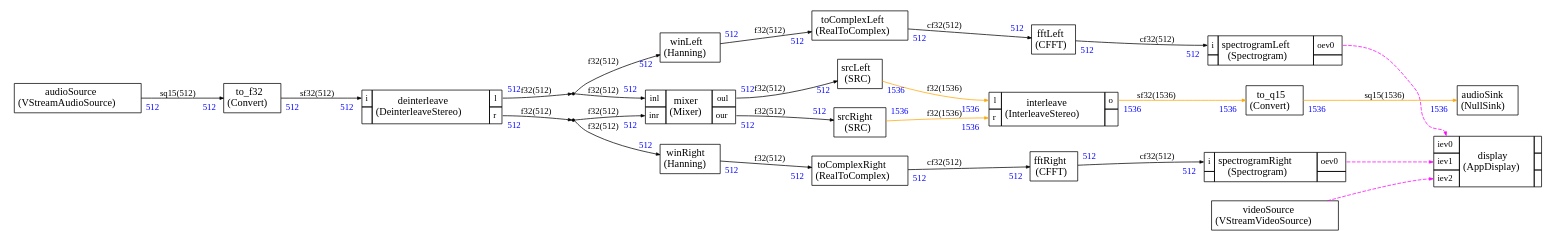
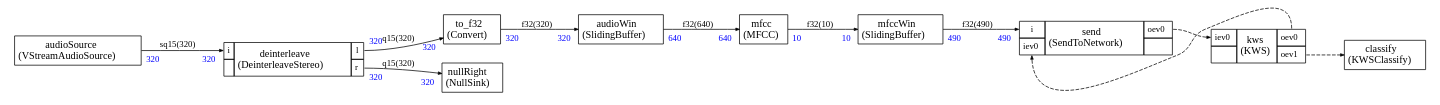
The diagram in App_HE/stream/scheduler/graph.dot (christophe0606/AlifAudioExample), drawn with Graphviz before and after one commit. The commit also changed 44 other files, not shown here.

Commit message:
Enabled KWS graph

```diff
--- a/App_HE/stream/scheduler/graph.dot
+++ b/App_HE/stream/scheduler/graph.dot
@@ -11,17 +11,17 @@
     edge [arrowsize="0.5",color="black",fontcolor="black",fontname="Times-Roman"]
 
 
-audioSink [label=<
-<TABLE color="black" bgcolor="none" BORDER="0" CELLBORDER="1" CELLSPACING="0" CELLPADDING="4">
-  <TR>
-    <TD ALIGN="CENTER" PORT="i"><FONT COLOR="black" POINT-SIZE="14.0">audioSink<BR/>(NullSink)</FONT></TD>
-  </TR>
-</TABLE>>];
-
 audioSource [label=<
 <TABLE color="black" bgcolor="none" BORDER="0" CELLBORDER="1" CELLSPACING="0" CELLPADDING="4">
   <TR>
     <TD ALIGN="CENTER" PORT="i"><FONT COLOR="black" POINT-SIZE="14.0">audioSource<BR/>(VStreamAudioSource)</FONT></TD>
+  </TR>
+</TABLE>>];
+
+audioWin [label=<
+<TABLE color="black" bgcolor="none" BORDER="0" CELLBORDER="1" CELLSPACING="0" CELLPADDING="4">
+  <TR>
+    <TD ALIGN="CENTER" PORT="i"><FONT COLOR="black" POINT-SIZE="14.0">audioWin<BR/>(SlidingBuffer)</FONT></TD>
   </TR>
 </TABLE>>];
 
@@ -41,114 +41,41 @@
 
 </TABLE>>];
 
-dup0 [shape=point,label="dup0"]
-
-dup1 [shape=point,label="dup1"]
-
-fftLeft [label=<
+mfcc [label=<
 <TABLE color="black" bgcolor="none" BORDER="0" CELLBORDER="1" CELLSPACING="0" CELLPADDING="4">
   <TR>
-    <TD ALIGN="CENTER" PORT="i"><FONT COLOR="black" POINT-SIZE="14.0">fftLeft<BR/>(CFFT)</FONT></TD>
+    <TD ALIGN="CENTER" PORT="i"><FONT COLOR="black" POINT-SIZE="14.0">mfcc<BR/>(MFCC)</FONT></TD>
   </TR>
 </TABLE>>];
 
-fftRight [label=<
+mfccWin [label=<
 <TABLE color="black" bgcolor="none" BORDER="0" CELLBORDER="1" CELLSPACING="0" CELLPADDING="4">
   <TR>
-    <TD ALIGN="CENTER" PORT="i"><FONT COLOR="black" POINT-SIZE="14.0">fftRight<BR/>(CFFT)</FONT></TD>
+    <TD ALIGN="CENTER" PORT="i"><FONT COLOR="black" POINT-SIZE="14.0">mfccWin<BR/>(SlidingBuffer)</FONT></TD>
+  </TR>
+</TABLE>>];
+
+nullRight [label=<
+<TABLE color="black" bgcolor="none" BORDER="0" CELLBORDER="1" CELLSPACING="0" CELLPADDING="4">
+  <TR>
+    <TD ALIGN="CENTER" PORT="i"><FONT COLOR="black" POINT-SIZE="14.0">nullRight<BR/>(NullSink)</FONT></TD>
   </TR>
 </TABLE>>];
 
 
-interleave [label=<
+send [label=<
 <TABLE color="black" bgcolor="none" BORDER="0" CELLBORDER="1" CELLSPACING="0" CELLPADDING="4">
   <TR>
-    <TD PORT="l"><FONT POINT-SIZE="12.0" COLOR="black">l</FONT></TD>
-    <TD ALIGN="CENTER" ROWSPAN="2"><FONT COLOR="black" POINT-SIZE="14.0">interleave<BR/>(InterleaveStereo)</FONT></TD>
-    <TD PORT="o"><FONT POINT-SIZE="12.0" COLOR="black">o</FONT></TD>
+    <TD PORT="i"><FONT POINT-SIZE="12.0" COLOR="black">i</FONT></TD>
+    <TD ALIGN="CENTER" ROWSPAN="2"><FONT COLOR="black" POINT-SIZE="14.0">send<BR/>(SendToNetwork)</FONT></TD>
+    <TD PORT="oev0"><FONT POINT-SIZE="12.0" COLOR="black">oev0</FONT></TD>
   </TR>
 <TR>
-<TD PORT="r"><FONT POINT-SIZE="12.0" COLOR="black">r</FONT></TD>
+<TD PORT="iev0"><FONT POINT-SIZE="12.0" COLOR="black">iev0</FONT></TD>
 
  
 <TD></TD></TR>
 
-</TABLE>>];
-
-
-mixer [label=<
-<TABLE color="black" bgcolor="none" BORDER="0" CELLBORDER="1" CELLSPACING="0" CELLPADDING="4">
-  <TR>
-    <TD PORT="inl"><FONT POINT-SIZE="12.0" COLOR="black">inl</FONT></TD>
-    <TD ALIGN="CENTER" ROWSPAN="2"><FONT COLOR="black" POINT-SIZE="14.0">mixer<BR/>(Mixer)</FONT></TD>
-    <TD PORT="oul"><FONT POINT-SIZE="12.0" COLOR="black">oul</FONT></TD>
-  </TR>
-<TR>
-<TD PORT="inr"><FONT POINT-SIZE="12.0" COLOR="black">inr</FONT></TD>
-
-<TD PORT="our"><FONT POINT-SIZE="12.0" COLOR="black">our</FONT></TD>
-</TR>
-
-</TABLE>>];
-
-
-spectrogramLeft [label=<
-<TABLE color="black" bgcolor="none" BORDER="0" CELLBORDER="1" CELLSPACING="0" CELLPADDING="4">
-  <TR>
-    <TD PORT="i"><FONT POINT-SIZE="12.0" COLOR="black">i</FONT></TD>
-    <TD ALIGN="CENTER" ROWSPAN="2"><FONT COLOR="black" POINT-SIZE="14.0">spectrogramLeft<BR/>(Spectrogram)</FONT></TD>
-    <TD PORT="oev0"><FONT POINT-SIZE="12.0" COLOR="black">oev0</FONT></TD>
-  </TR>
-<TR>
- 
-<TD></TD>
- 
-<TD></TD></TR>
-
-</TABLE>>];
-
-
-spectrogramRight [label=<
-<TABLE color="black" bgcolor="none" BORDER="0" CELLBORDER="1" CELLSPACING="0" CELLPADDING="4">
-  <TR>
-    <TD PORT="i"><FONT POINT-SIZE="12.0" COLOR="black">i</FONT></TD>
-    <TD ALIGN="CENTER" ROWSPAN="2"><FONT COLOR="black" POINT-SIZE="14.0">spectrogramRight<BR/>(Spectrogram)</FONT></TD>
-    <TD PORT="oev0"><FONT POINT-SIZE="12.0" COLOR="black">oev0</FONT></TD>
-  </TR>
-<TR>
- 
-<TD></TD>
- 
-<TD></TD></TR>
-
-</TABLE>>];
-
-srcLeft [label=<
-<TABLE color="black" bgcolor="none" BORDER="0" CELLBORDER="1" CELLSPACING="0" CELLPADDING="4">
-  <TR>
-    <TD ALIGN="CENTER" PORT="i"><FONT COLOR="black" POINT-SIZE="14.0">srcLeft<BR/>(SRC)</FONT></TD>
-  </TR>
-</TABLE>>];
-
-srcRight [label=<
-<TABLE color="black" bgcolor="none" BORDER="0" CELLBORDER="1" CELLSPACING="0" CELLPADDING="4">
-  <TR>
-    <TD ALIGN="CENTER" PORT="i"><FONT COLOR="black" POINT-SIZE="14.0">srcRight<BR/>(SRC)</FONT></TD>
-  </TR>
-</TABLE>>];
-
-toComplexLeft [label=<
-<TABLE color="black" bgcolor="none" BORDER="0" CELLBORDER="1" CELLSPACING="0" CELLPADDING="4">
-  <TR>
-    <TD ALIGN="CENTER" PORT="i"><FONT COLOR="black" POINT-SIZE="14.0">toComplexLeft<BR/>(RealToComplex)</FONT></TD>
-  </TR>
-</TABLE>>];
-
-toComplexRight [label=<
-<TABLE color="black" bgcolor="none" BORDER="0" CELLBORDER="1" CELLSPACING="0" CELLPADDING="4">
-  <TR>
-    <TD ALIGN="CENTER" PORT="i"><FONT COLOR="black" POINT-SIZE="14.0">toComplexRight<BR/>(RealToComplex)</FONT></TD>
-  </TR>
 </TABLE>>];
 
 to_f32 [label=<
@@ -158,185 +85,82 @@
   </TR>
 </TABLE>>];
 
-to_q15 [label=<
+classify [label=<
 <TABLE color="black" bgcolor="none" BORDER="0" CELLBORDER="1" CELLSPACING="0" CELLPADDING="4">
   <TR>
-    <TD ALIGN="CENTER" PORT="i"><FONT COLOR="black" POINT-SIZE="14.0">to_q15<BR/>(Convert)</FONT></TD>
-  </TR>
-</TABLE>>];
-
-winLeft [label=<
-<TABLE color="black" bgcolor="none" BORDER="0" CELLBORDER="1" CELLSPACING="0" CELLPADDING="4">
-  <TR>
-    <TD ALIGN="CENTER" PORT="i"><FONT COLOR="black" POINT-SIZE="14.0">winLeft<BR/>(Hanning)</FONT></TD>
-  </TR>
-</TABLE>>];
-
-winRight [label=<
-<TABLE color="black" bgcolor="none" BORDER="0" CELLBORDER="1" CELLSPACING="0" CELLPADDING="4">
-  <TR>
-    <TD ALIGN="CENTER" PORT="i"><FONT COLOR="black" POINT-SIZE="14.0">winRight<BR/>(Hanning)</FONT></TD>
+    <TD ALIGN="CENTER" PORT="i"><FONT COLOR="black" POINT-SIZE="14.0">classify<BR/>(KWSClassify)</FONT></TD>
   </TR>
 </TABLE>>];
 
 
-display [label=<
+kws [label=<
 <TABLE color="black" bgcolor="none" BORDER="0" CELLBORDER="1" CELLSPACING="0" CELLPADDING="4">
   <TR>
     <TD PORT="iev0"><FONT POINT-SIZE="12.0" COLOR="black">iev0</FONT></TD>
-    <TD ALIGN="CENTER" ROWSPAN="3"><FONT COLOR="black" POINT-SIZE="14.0">display<BR/>(AppDisplay)</FONT></TD>
-    <TD></TD>
+    <TD ALIGN="CENTER" ROWSPAN="2"><FONT COLOR="black" POINT-SIZE="14.0">kws<BR/>(KWS)</FONT></TD>
+    <TD PORT="oev0"><FONT POINT-SIZE="12.0" COLOR="black">oev0</FONT></TD>
   </TR>
 <TR>
-<TD PORT="iev1"><FONT POINT-SIZE="12.0" COLOR="black">iev1</FONT></TD>
+ 
+<TD></TD>
+<TD PORT="oev1"><FONT POINT-SIZE="12.0" COLOR="black">oev1</FONT></TD>
+</TR>
 
- 
-<TD></TD></TR><TR>
-<TD PORT="iev2"><FONT POINT-SIZE="12.0" COLOR="black">iev2</FONT></TD>
-
- 
-<TD></TD></TR>
-
-</TABLE>>];
-
-videoSource [label=<
-<TABLE color="black" bgcolor="none" BORDER="0" CELLBORDER="1" CELLSPACING="0" CELLPADDING="4">
-  <TR>
-    <TD ALIGN="CENTER" PORT="i"><FONT COLOR="black" POINT-SIZE="14.0">videoSource<BR/>(VStreamVideoSource)</FONT></TD>
-  </TR>
 </TABLE>>];
 
 
 
-audioSource:i -> to_f32:i [style="solid",color="black",fontsize="12.0",fontcolor="black",label=<sq15(512)>
-,headlabel=<<TABLE BORDER="0" CELLPADDING="4"><TR><TD><FONT COLOR="blue" POINT-SIZE="12.0" >512</FONT>
+audioSource:i -> deinterleave:i [style="solid",color="black",fontsize="12.0",fontcolor="black",label=<sq15(320)>
+,headlabel=<<TABLE BORDER="0" CELLPADDING="4"><TR><TD><FONT COLOR="blue" POINT-SIZE="12.0" >320</FONT>
 </TD></TR></TABLE>>
-,taillabel=<<TABLE BORDER="0" CELLPADDING="4"><TR><TD><FONT COLOR="blue" POINT-SIZE="12.0" >512</FONT>
+,taillabel=<<TABLE BORDER="0" CELLPADDING="4"><TR><TD><FONT COLOR="blue" POINT-SIZE="12.0" >320</FONT>
 </TD></TR></TABLE>>]
 
-to_f32:i -> deinterleave:i [style="solid",color="black",fontsize="12.0",fontcolor="black",label=<sf32(512)>
-,headlabel=<<TABLE BORDER="0" CELLPADDING="4"><TR><TD><FONT COLOR="blue" POINT-SIZE="12.0" >512</FONT>
+deinterleave:l -> to_f32:i [style="solid",color="black",fontsize="12.0",fontcolor="black",label=<q15(320)>
+,headlabel=<<TABLE BORDER="0" CELLPADDING="4"><TR><TD><FONT COLOR="blue" POINT-SIZE="12.0" >320</FONT>
 </TD></TR></TABLE>>
-,taillabel=<<TABLE BORDER="0" CELLPADDING="4"><TR><TD><FONT COLOR="blue" POINT-SIZE="12.0" >512</FONT>
+,taillabel=<<TABLE BORDER="0" CELLPADDING="4"><TR><TD><FONT COLOR="blue" POINT-SIZE="12.0" >320</FONT>
 </TD></TR></TABLE>>]
 
-winLeft:i -> toComplexLeft:i [style="solid",color="black",fontsize="12.0",fontcolor="black",label=<f32(512)>
-,headlabel=<<TABLE BORDER="0" CELLPADDING="4"><TR><TD><FONT COLOR="blue" POINT-SIZE="12.0" >512</FONT>
+to_f32:i -> audioWin:i [style="solid",color="black",fontsize="12.0",fontcolor="black",label=<f32(320)>
+,headlabel=<<TABLE BORDER="0" CELLPADDING="4"><TR><TD><FONT COLOR="blue" POINT-SIZE="12.0" >320</FONT>
 </TD></TR></TABLE>>
-,taillabel=<<TABLE BORDER="0" CELLPADDING="4"><TR><TD><FONT COLOR="blue" POINT-SIZE="12.0" >512</FONT>
+,taillabel=<<TABLE BORDER="0" CELLPADDING="4"><TR><TD><FONT COLOR="blue" POINT-SIZE="12.0" >320</FONT>
 </TD></TR></TABLE>>]
 
-winRight:i -> toComplexRight:i [style="solid",color="black",fontsize="12.0",fontcolor="black",label=<f32(512)>
-,headlabel=<<TABLE BORDER="0" CELLPADDING="4"><TR><TD><FONT COLOR="blue" POINT-SIZE="12.0" >512</FONT>
+audioWin:i -> mfcc:i [style="solid",color="black",fontsize="12.0",fontcolor="black",label=<f32(640)>
+,headlabel=<<TABLE BORDER="0" CELLPADDING="4"><TR><TD><FONT COLOR="blue" POINT-SIZE="12.0" >640</FONT>
 </TD></TR></TABLE>>
-,taillabel=<<TABLE BORDER="0" CELLPADDING="4"><TR><TD><FONT COLOR="blue" POINT-SIZE="12.0" >512</FONT>
+,taillabel=<<TABLE BORDER="0" CELLPADDING="4"><TR><TD><FONT COLOR="blue" POINT-SIZE="12.0" >640</FONT>
 </TD></TR></TABLE>>]
 
-toComplexLeft:i -> fftLeft:i [style="solid",color="black",fontsize="12.0",fontcolor="black",label=<cf32(512)>
-,headlabel=<<TABLE BORDER="0" CELLPADDING="4"><TR><TD><FONT COLOR="blue" POINT-SIZE="12.0" >512</FONT>
+mfcc:i -> mfccWin:i [style="solid",color="black",fontsize="12.0",fontcolor="black",label=<f32(10)>
+,headlabel=<<TABLE BORDER="0" CELLPADDING="4"><TR><TD><FONT COLOR="blue" POINT-SIZE="12.0" >10</FONT>
 </TD></TR></TABLE>>
-,taillabel=<<TABLE BORDER="0" CELLPADDING="4"><TR><TD><FONT COLOR="blue" POINT-SIZE="12.0" >512</FONT>
+,taillabel=<<TABLE BORDER="0" CELLPADDING="4"><TR><TD><FONT COLOR="blue" POINT-SIZE="12.0" >10</FONT>
 </TD></TR></TABLE>>]
 
-toComplexRight:i -> fftRight:i [style="solid",color="black",fontsize="12.0",fontcolor="black",label=<cf32(512)>
-,headlabel=<<TABLE BORDER="0" CELLPADDING="4"><TR><TD><FONT COLOR="blue" POINT-SIZE="12.0" >512</FONT>
+mfccWin:i -> send:i [style="solid",color="black",fontsize="12.0",fontcolor="black",label=<f32(490)>
+,headlabel=<<TABLE BORDER="0" CELLPADDING="4"><TR><TD><FONT COLOR="blue" POINT-SIZE="12.0" >490</FONT>
 </TD></TR></TABLE>>
-,taillabel=<<TABLE BORDER="0" CELLPADDING="4"><TR><TD><FONT COLOR="blue" POINT-SIZE="12.0" >512</FONT>
+,taillabel=<<TABLE BORDER="0" CELLPADDING="4"><TR><TD><FONT COLOR="blue" POINT-SIZE="12.0" >490</FONT>
 </TD></TR></TABLE>>]
 
-fftLeft:i -> spectrogramLeft:i [style="solid",color="black",fontsize="12.0",fontcolor="black",label=<cf32(512)>
-,headlabel=<<TABLE BORDER="0" CELLPADDING="4"><TR><TD><FONT COLOR="blue" POINT-SIZE="12.0" >512</FONT>
+deinterleave:r -> nullRight:i [style="solid",color="black",fontsize="12.0",fontcolor="black",label=<q15(320)>
+,headlabel=<<TABLE BORDER="0" CELLPADDING="4"><TR><TD><FONT COLOR="blue" POINT-SIZE="12.0" >320</FONT>
 </TD></TR></TABLE>>
-,taillabel=<<TABLE BORDER="0" CELLPADDING="4"><TR><TD><FONT COLOR="blue" POINT-SIZE="12.0" >512</FONT>
+,taillabel=<<TABLE BORDER="0" CELLPADDING="4"><TR><TD><FONT COLOR="blue" POINT-SIZE="12.0" >320</FONT>
 </TD></TR></TABLE>>]
-
-fftRight:i -> spectrogramRight:i [style="solid",color="black",fontsize="12.0",fontcolor="black",label=<cf32(512)>
-,headlabel=<<TABLE BORDER="0" CELLPADDING="4"><TR><TD><FONT COLOR="blue" POINT-SIZE="12.0" >512</FONT>
-</TD></TR></TABLE>>
-,taillabel=<<TABLE BORDER="0" CELLPADDING="4"><TR><TD><FONT COLOR="blue" POINT-SIZE="12.0" >512</FONT>
-</TD></TR></TABLE>>]
-
-mixer:oul -> srcLeft:i [style="solid",color="black",fontsize="12.0",fontcolor="black",label=<f32(512)>
-,headlabel=<<TABLE BORDER="0" CELLPADDING="4"><TR><TD><FONT COLOR="blue" POINT-SIZE="12.0" >512</FONT>
-</TD></TR></TABLE>>
-,taillabel=<<TABLE BORDER="0" CELLPADDING="4"><TR><TD><FONT COLOR="blue" POINT-SIZE="12.0" >512</FONT>
-</TD></TR></TABLE>>]
-
-mixer:our -> srcRight:i [style="solid",color="black",fontsize="12.0",fontcolor="black",label=<f32(512)>
-,headlabel=<<TABLE BORDER="0" CELLPADDING="4"><TR><TD><FONT COLOR="blue" POINT-SIZE="12.0" >512</FONT>
-</TD></TR></TABLE>>
-,taillabel=<<TABLE BORDER="0" CELLPADDING="4"><TR><TD><FONT COLOR="blue" POINT-SIZE="12.0" >512</FONT>
-</TD></TR></TABLE>>]
-
-srcLeft:i -> interleave:l [style="solid",color="orange",fontsize="12.0",fontcolor="black",label=<f32(1536)>
-,headlabel=<<TABLE BORDER="0" CELLPADDING="4"><TR><TD><FONT COLOR="blue" POINT-SIZE="12.0" >1536</FONT>
-</TD></TR></TABLE>>
-,taillabel=<<TABLE BORDER="0" CELLPADDING="4"><TR><TD><FONT COLOR="blue" POINT-SIZE="12.0" >1536</FONT>
-</TD></TR></TABLE>>]
-
-srcRight:i -> interleave:r [style="solid",color="orange",fontsize="12.0",fontcolor="black",label=<f32(1536)>
-,headlabel=<<TABLE BORDER="0" CELLPADDING="4"><TR><TD><FONT COLOR="blue" POINT-SIZE="12.0" >1536</FONT>
-</TD></TR></TABLE>>
-,taillabel=<<TABLE BORDER="0" CELLPADDING="4"><TR><TD><FONT COLOR="blue" POINT-SIZE="12.0" >1536</FONT>
-</TD></TR></TABLE>>]
-
-interleave:o -> to_q15:i [style="solid",color="orange",fontsize="12.0",fontcolor="black",label=<sf32(1536)>
-,headlabel=<<TABLE BORDER="0" CELLPADDING="4"><TR><TD><FONT COLOR="blue" POINT-SIZE="12.0" >1536</FONT>
-</TD></TR></TABLE>>
-,taillabel=<<TABLE BORDER="0" CELLPADDING="4"><TR><TD><FONT COLOR="blue" POINT-SIZE="12.0" >1536</FONT>
-</TD></TR></TABLE>>]
-
-to_q15:i -> audioSink:i [style="solid",color="orange",fontsize="12.0",fontcolor="black",label=<sq15(1536)>
-,headlabel=<<TABLE BORDER="0" CELLPADDING="4"><TR><TD><FONT COLOR="blue" POINT-SIZE="12.0" >1536</FONT>
-</TD></TR></TABLE>>
-,taillabel=<<TABLE BORDER="0" CELLPADDING="4"><TR><TD><FONT COLOR="blue" POINT-SIZE="12.0" >1536</FONT>
-</TD></TR></TABLE>>]
-
-deinterleave:l ->  
-dup0 [style="solid",color="black",fontsize="12.0",fontcolor="black",label=<f32(512)>
-
-,taillabel=<<TABLE BORDER="0" CELLPADDING="4"><TR><TD><FONT COLOR="blue" POINT-SIZE="12.0" >512</FONT>
-</TD></TR></TABLE>>]
-
- 
-dup0 -> winLeft:i [style="solid",color="black",fontsize="12.0",fontcolor="black",label=<f32(512)>
-,headlabel=<<TABLE BORDER="0" CELLPADDING="4"><TR><TD><FONT COLOR="blue" POINT-SIZE="12.0" >512</FONT>
-</TD></TR></TABLE>>
-]
-
- 
-dup0 -> mixer:inl [style="solid",color="black",fontsize="12.0",fontcolor="black",label=<f32(512)>
-,headlabel=<<TABLE BORDER="0" CELLPADDING="4"><TR><TD><FONT COLOR="blue" POINT-SIZE="12.0" >512</FONT>
-</TD></TR></TABLE>>
-]
-
-deinterleave:r ->  
-dup1 [style="solid",color="black",fontsize="12.0",fontcolor="black",label=<f32(512)>
-
-,taillabel=<<TABLE BORDER="0" CELLPADDING="4"><TR><TD><FONT COLOR="blue" POINT-SIZE="12.0" >512</FONT>
-</TD></TR></TABLE>>]
-
- 
-dup1 -> winRight:i [style="solid",color="black",fontsize="12.0",fontcolor="black",label=<f32(512)>
-,headlabel=<<TABLE BORDER="0" CELLPADDING="4"><TR><TD><FONT COLOR="blue" POINT-SIZE="12.0" >512</FONT>
-</TD></TR></TABLE>>
-]
-
- 
-dup1 -> mixer:inr [style="solid",color="black",fontsize="12.0",fontcolor="black",label=<f32(512)>
-,headlabel=<<TABLE BORDER="0" CELLPADDING="4"><TR><TD><FONT COLOR="blue" POINT-SIZE="12.0" >512</FONT>
-</TD></TR></TABLE>>
-]
 
 
 
-spectrogramLeft:oev0 -> display:iev0 [style="dashed",color="magenta",fontsize="12.0",fontcolor="black",label=<>
+send:oev0 -> kws:iev0 [style="dashed",color="black",fontsize="12.0",fontcolor="black",label=<>
 
 ]
-spectrogramRight:oev0 -> display:iev1 [style="dashed",color="magenta",fontsize="12.0",fontcolor="black",label=<>
+kws:oev0 -> send:iev0 [style="dashed",color="black",fontsize="12.0",fontcolor="black",label=<>
 
 ]
-videoSource:i -> display:iev2 [style="dashed",color="magenta",fontsize="12.0",fontcolor="black",label=<>
+kws:oev1 -> classify:i [style="dashed",color="black",fontsize="12.0",fontcolor="black",label=<>
 
 ]
 
```
